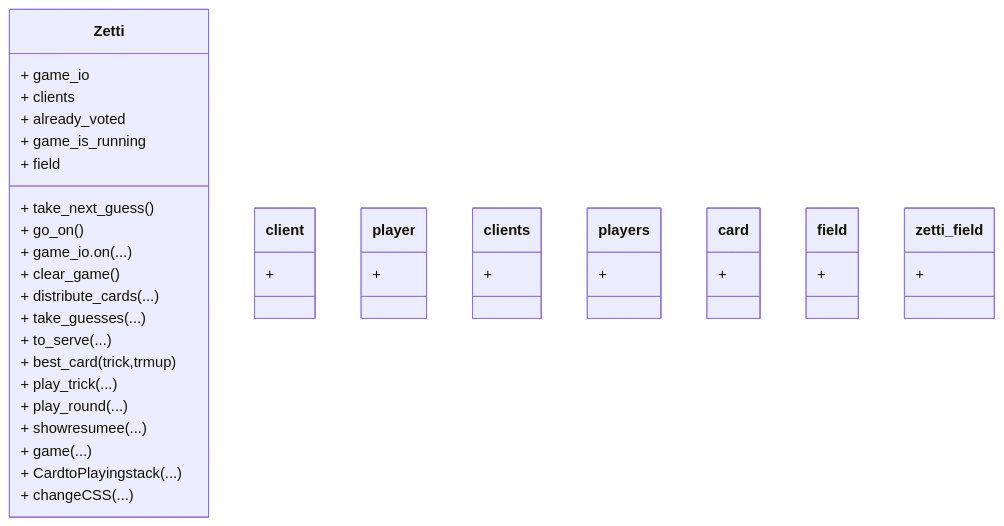
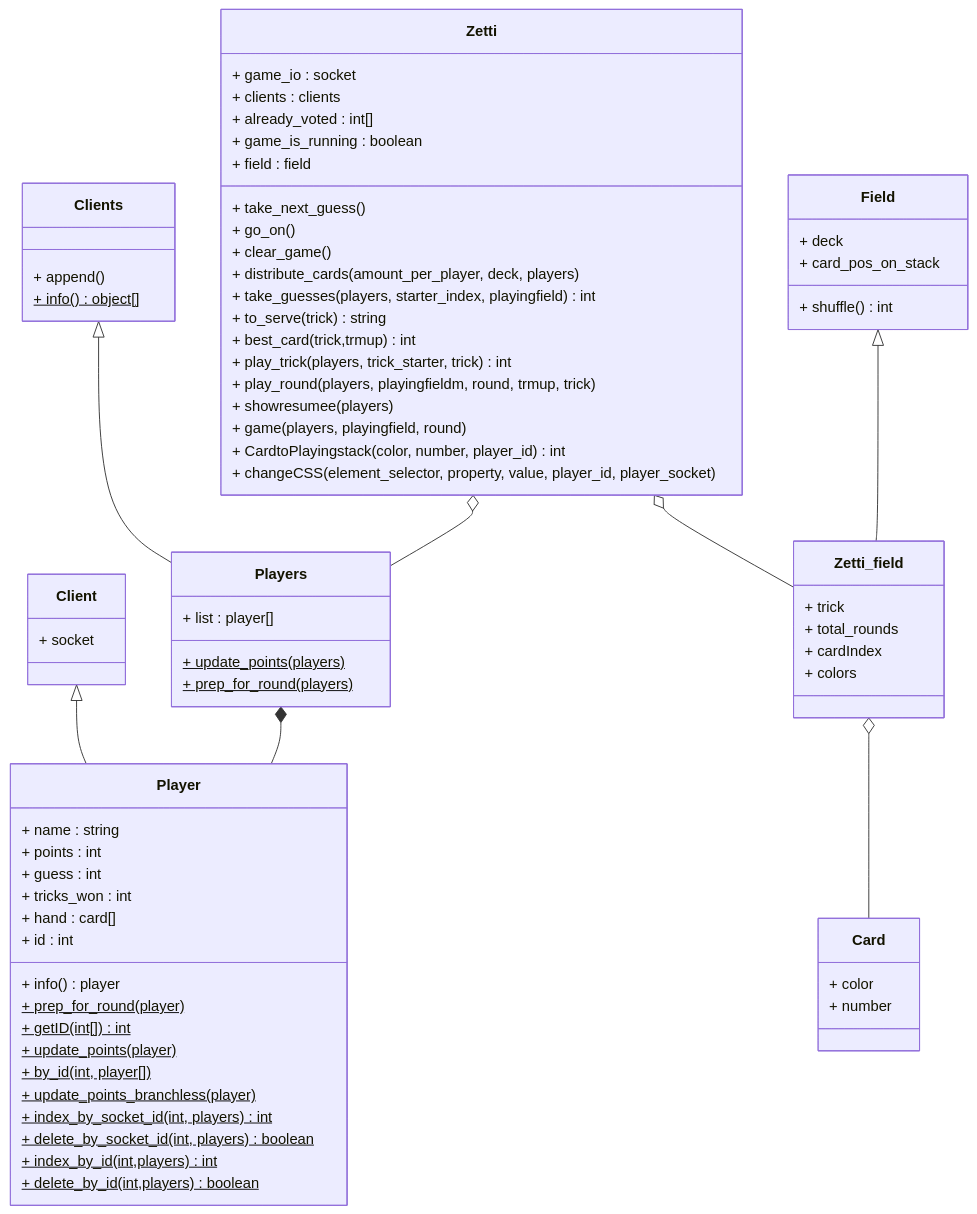
The diagram in server/README.md (TR0N-ZEN/Zetti), drawn with Mermaid before and after one commit. The commit also changed other lines of this file, not shown here.

Commit message:
documenting

````diff
--- a/server/README.md
+++ b/server/README.md
@@ -26,49 +29,83 @@
 ```mermaid
 classDiagram
   class Zetti {
-    + game_io
-    + clients
-    + already_voted
-    + game_is_running
-    + field
+    + game_io : socket
+    + clients : clients
+    + already_voted : int[]
+    + game_is_running : boolean
+    + field : field
     + take_next_guess()
     + go_on()
-    + game_io.on(...)
     + clear_game()
-    + distribute_cards(...)
-    + take_guesses(...)
-    + to_serve(...)
-    + best_card(trick,trmup)
-    + play_trick(...)
-    + play_round(...)
-    + showresumee(...)
-    + game(...)
-    + CardtoPlayingstack(...)
-    + changeCSS(...)
+    + distribute_cards(amount_per_player, deck, players)
+    + take_guesses(players, starter_index, playingfield) int
+    + to_serve(trick) string
+    + best_card(trick,trmup) int
+    + play_trick(players, trick_starter, trick) int
+    + play_round(players, playingfieldm, round, trmup, trick)
+    + showresumee(players)
+    + game(players, playingfield, round)
+    + CardtoPlayingstack(color, number, player_id) int
+    + changeCSS(element_selector, property, value, player_id, player_socket)
 }
 
-  class client {
-    + 
-  }
-  class player {
-    + 
-  }
-  class clients {
-    + 
-  }
-  class players {
-    + 
+  class Client {
+    + socket
   }
 
-  class card {
-    + 
+  class Player {
+    + name : string
+    + points : int
+    + guess : int
+    + tricks_won : int
+    + hand : card[]
+    + id : int
+    + info() player
+    + prep_for_round(player)$
+    + getID(int[])$ int
+    + update_points(player)$
+    + by_id(int, player[])$
+    + update_points_branchless(player)$
+    + index_by_socket_id(int, players)$ int
+    + delete_by_socket_id(int, players)$ boolean
+    + index_by_id(int,players)$ int
+    + delete_by_id(int,players)$ boolean
   }
 
-  class field {
-    + 
-  }
-  class zetti_field {
-    + 
+  class Clients {
+    + append()
+    + info()$ object[]
   }
 
+  class Players {
+    + list : player[]
+    + update_points(players)$
+    + prep_for_round(players)$
+  }
+
+  class Card {
+    + color
+    + number
+  }
+
+  class Field {
+    + deck
+    + card_pos_on_stack 
+    + shuffle() int
+  }
+
+  class Zetti_field {
+    + trick
+    + total_rounds
+    + cardIndex
+    + colors
+  }
+
+  Client <|-- Player
+  Field <|-- Zetti_field
+  Zetti_field o-- Card
+  Clients <|-- Players
+  Zetti o-- Players
+  Zetti o-- Zetti_field
+  Players *-- Player
 ```
````
